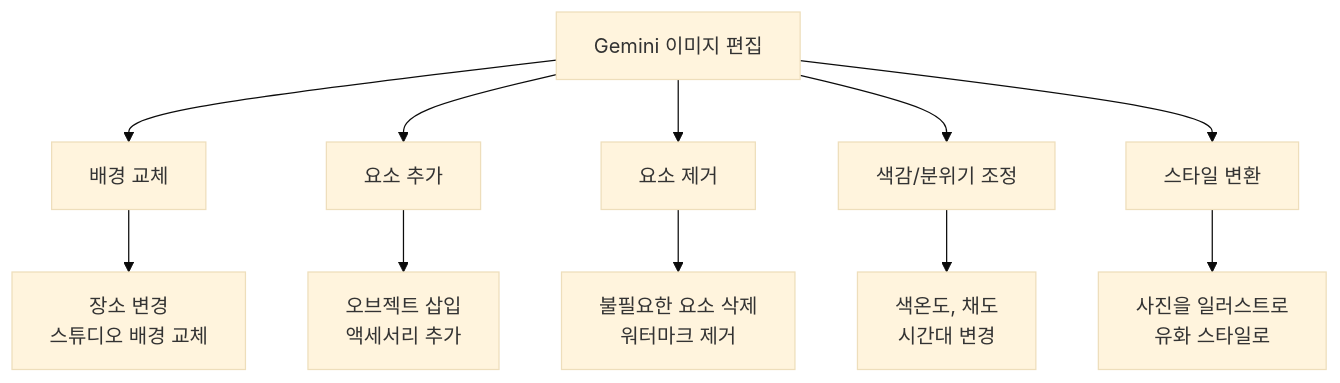
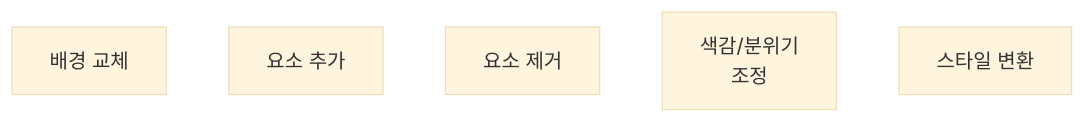
The first of 2 diagrams in 04-ch4-gemini-이미지-생성-실전/03-03-gemini-이미지-편집과-변환.md (jsonpassion/forge-tutorial-promptcanvas), drawn with Mermaid (base theme) before and after one commit. The commit also changed other lines of this file and 63 other files, not shown here.

````diff
--- a/04-ch4-gemini-이미지-생성-실전/03-03-gemini-이미지-편집과-변환.md
+++ b/04-ch4-gemini-이미지-생성-실전/03-03-gemini-이미지-편집과-변환.md
@@ -73,14 +31,5 @@
 ```mermaid
-flowchart TD
-    ROOT["Gemini 이미지 편집"] --> A["배경 교체"]
-    ROOT --> B["요소 추가"]
-    ROOT --> C["요소 제거"]
-    ROOT --> D["색감/분위기 조정"]
-    ROOT --> E["스타일 변환"]
-    
-    A --> A1["장소 변경<br/>스튜디오 배경 교체"]
-    B --> B1["오브젝트 삽입<br/>액세서리 추가"]
-    C --> C1["불필요한 요소 삭제<br/>워터마크 제거"]
-    D --> D1["색온도, 채도<br/>시간대 변경"]
-    E --> E1["사진을 일러스트로<br/>유화 스타일로"]
+flowchart LR
+    A["배경 교체"] ~~~ B["요소 추가"] ~~~ C["요소 제거"]
+    C ~~~ D["색감/분위기<br/>조정"] ~~~ E["스타일 변환"]
 ```
````
